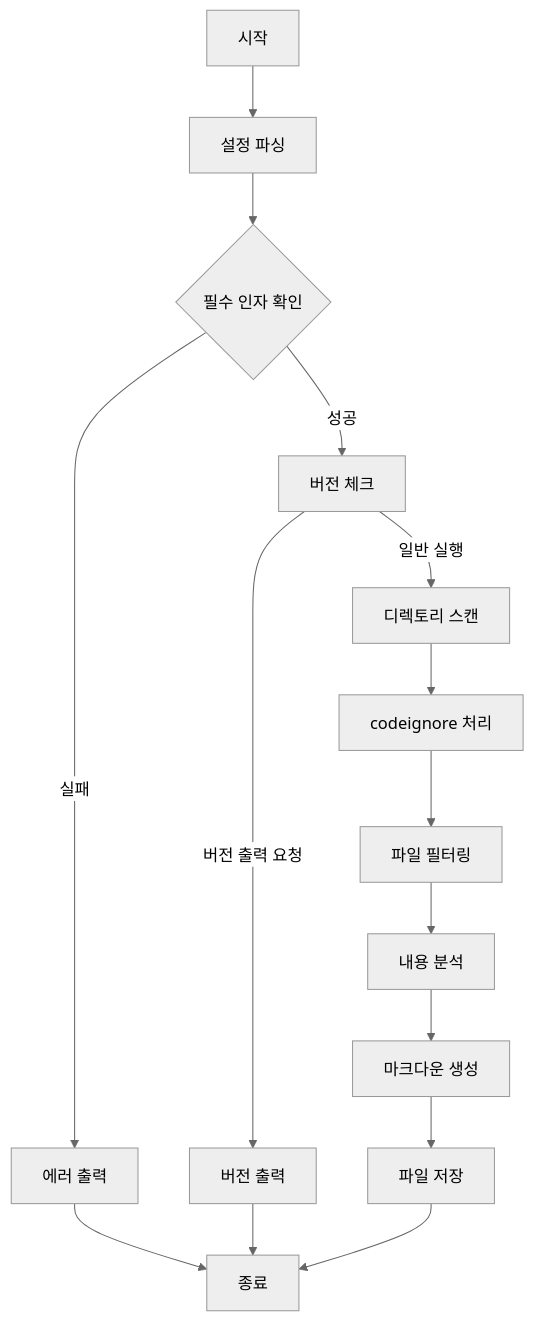
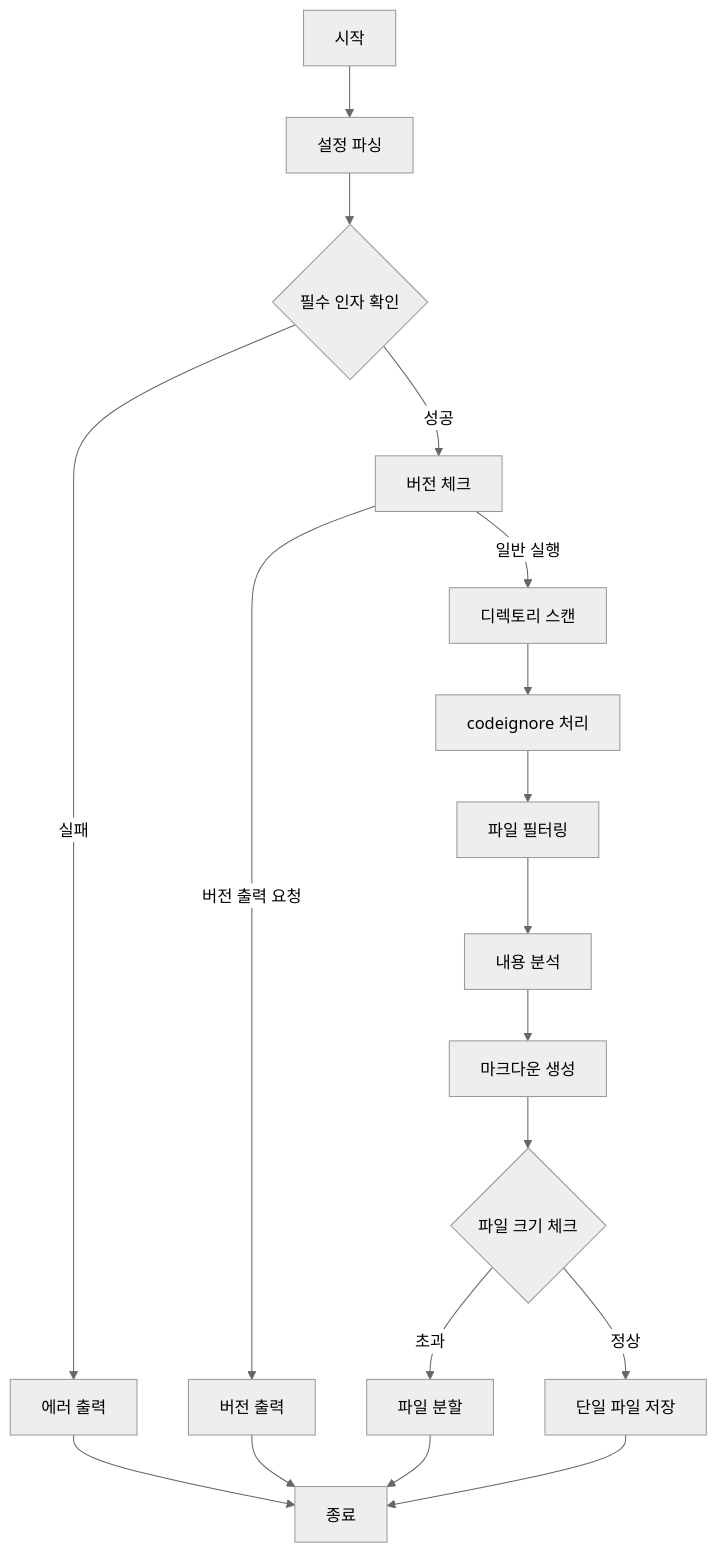
One commit to kihyun1998/aimd changed the diagram in README.md. Above: the diagram before and after it, drawn with Mermaid (neutral theme). The commit also changed other lines of this file and 8 other files, not shown here.

````diff
--- a/README.md
+++ b/README.md
@@ -14,17 +18,20 @@
 ```mermaid
 graph TD
     A[시작] --> B[설정 파싱]
     B --> C{필수 인자 확인}
     C -->|실패| D[에러 출력]
     D --> E[종료]
     C -->|성공| F[버전 체크]
     F -->|버전 출력 요청| G[버전 출력]
     G --> E
     F -->|일반 실행| H[디렉토리 스캔]
     H --> I[codeignore 처리]
     I --> J[파일 필터링]
     J --> K[내용 분석]
     K --> L[마크다운 생성]
-    L --> M[파일 저장]
-    M --> E[종료]
+    L --> M{파일 크기 체크}
+    M -->|초과| N[파일 분할]
+    M -->|정상| O[단일 파일 저장]
+    N --> E
+    O --> E
 ```
````
